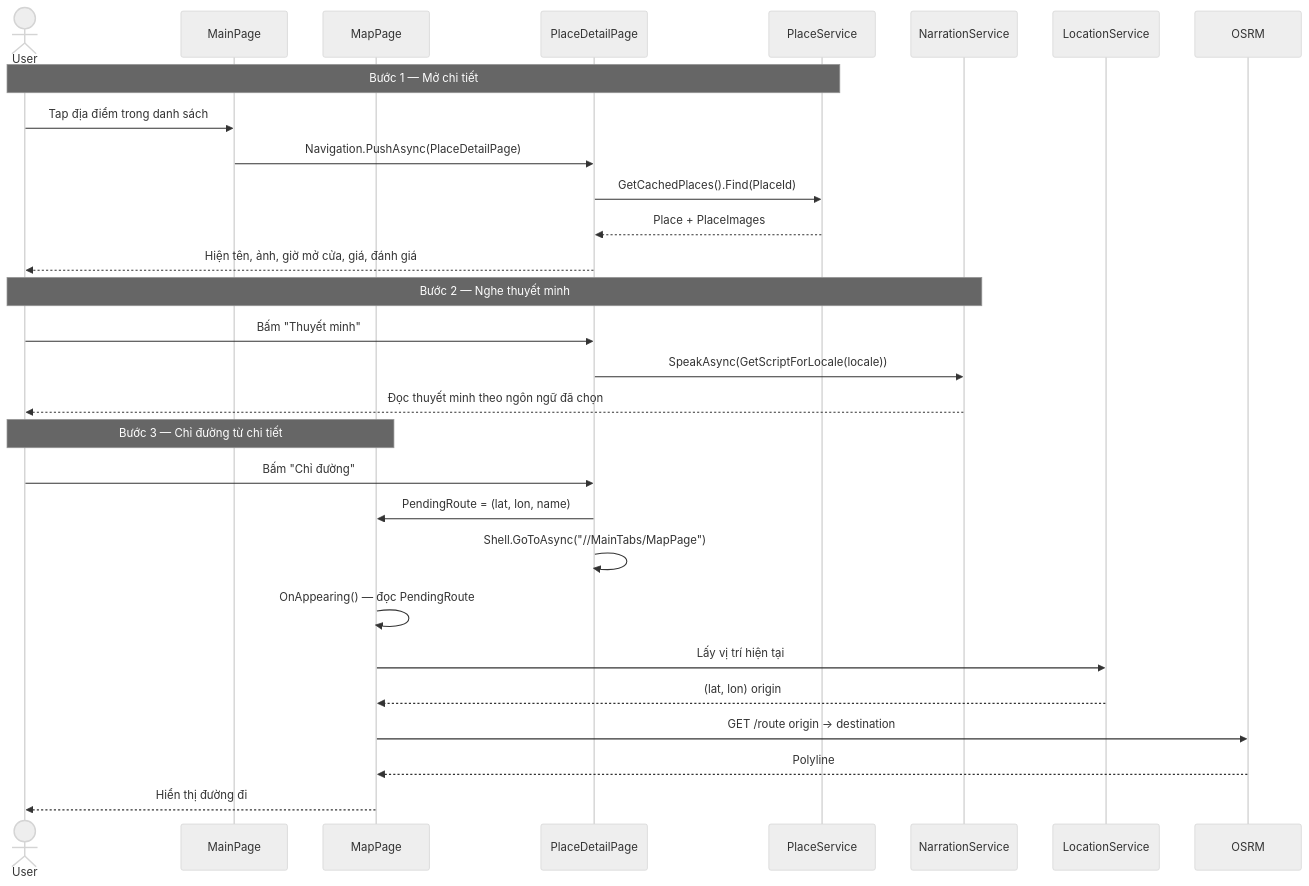
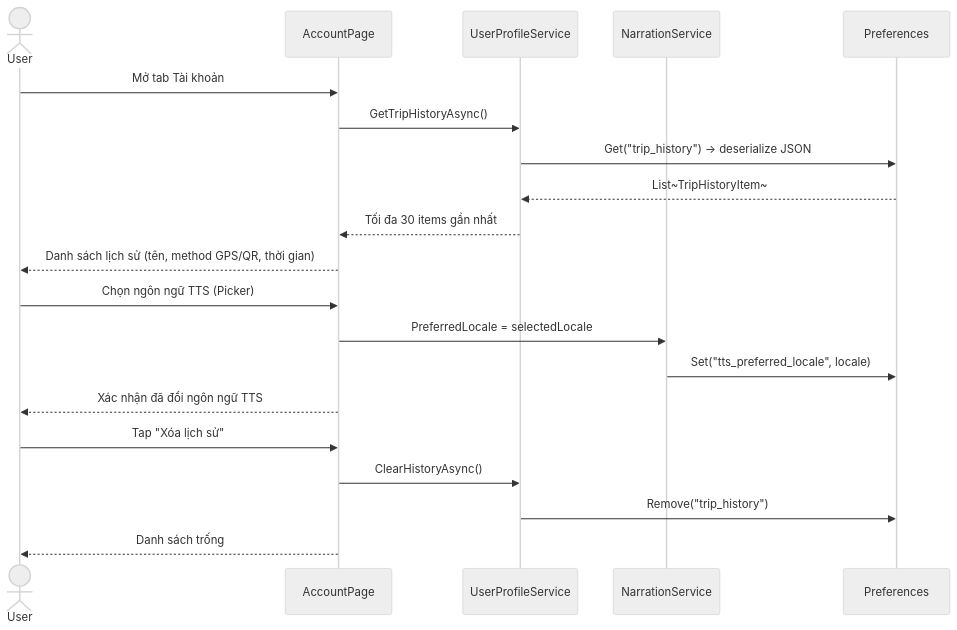
Before and after one commit to MTai55/TourguideProjectApp: the tenth of 22 diagrams in PRD.md, drawn with Mermaid (neutral theme). The commit also changed other lines of this file and 2 other files, not shown here.

````diff
--- a/PRD.md
+++ b/PRD.md
@@ -1265,34 +1513,25 @@
 ```mermaid
 sequenceDiagram
     actor User
-    participant MainPage
-    participant MapPage
-    participant PlaceDetailPage
-    participant PlaceService
-    participant NarrationService
-    participant LocationService
-    participant OSRM
+    participant AccountPage
+    participant UPS as UserProfileService
+    participant NS as NarrationService
+    participant Prefs as Preferences
 
-    Note over User,PlaceService: Bước 1 — Mở chi tiết
-    User->>MainPage: Tap địa điểm trong danh sách
-    MainPage->>PlaceDetailPage: Navigation.PushAsync(PlaceDetailPage)
-    PlaceDetailPage->>PlaceService: GetCachedPlaces().Find(PlaceId)
-    PlaceService-->>PlaceDetailPage: Place + PlaceImages
-    PlaceDetailPage-->>User: Hiện tên, ảnh, giờ mở cửa, giá, đánh giá
+    User->>AccountPage: Mở tab Tài khoản
+    AccountPage->>UPS: GetTripHistoryAsync()
+    UPS->>Prefs: Get("trip_history") → deserialize JSON
+    Prefs-->>UPS: List~TripHistoryItem~
+    UPS-->>AccountPage: Tối đa 30 items gần nhất
+    AccountPage-->>User: Danh sách lịch sử (tên, method GPS/QR, thời gian)
 
-    Note over User,NarrationService: Bước 2 — Nghe thuyết minh
-    User->>PlaceDetailPage: Bấm "Thuyết minh"
-    PlaceDetailPage->>NarrationService: SpeakAsync(GetScriptForLocale(locale))
-    NarrationService-->>User: Đọc thuyết minh theo ngôn ngữ đã chọn
+    User->>AccountPage: Chọn ngôn ngữ TTS (Picker)
+    AccountPage->>NS: PreferredLocale = selectedLocale
+    NS->>Prefs: Set("tts_preferred_locale", locale)
+    AccountPage-->>User: Xác nhận đã đổi ngôn ngữ TTS
 
-    Note over User,MapPage: Bước 3 — Chỉ đường từ chi tiết
-    User->>PlaceDetailPage: Bấm "Chỉ đường"
-    PlaceDetailPage->>MapPage: PendingRoute = (lat, lon, name)
-    PlaceDetailPage->>PlaceDetailPage: Shell.GoToAsync("//MainTabs/MapPage")
-    MapPage->>MapPage: OnAppearing() — đọc PendingRoute
-    MapPage->>LocationService: Lấy vị trí hiện tại
-    LocationService-->>MapPage: (lat, lon) origin
-    MapPage->>OSRM: GET /route origin → destination
-    OSRM-->>MapPage: Polyline
-    MapPage-->>User: Hiển thị đường đi
+    User->>AccountPage: Tap "Xóa lịch sử"
+    AccountPage->>UPS: ClearHistoryAsync()
+    UPS->>Prefs: Remove("trip_history")
+    AccountPage-->>User: Danh sách trống
 ```
````
